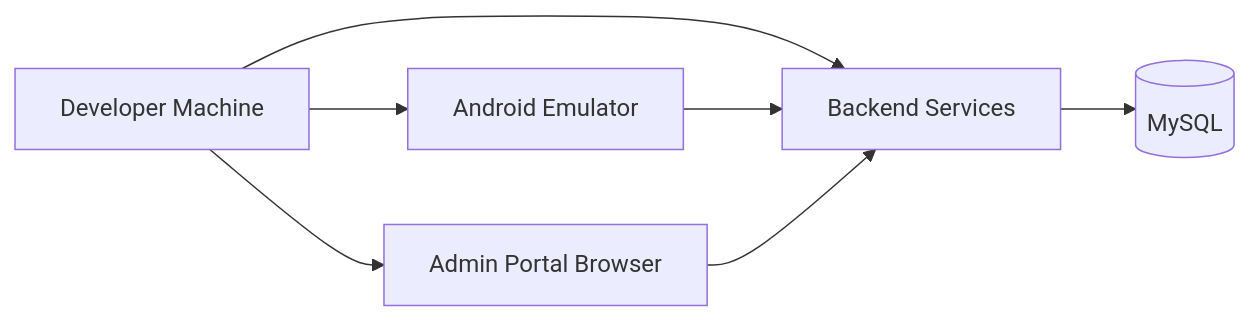
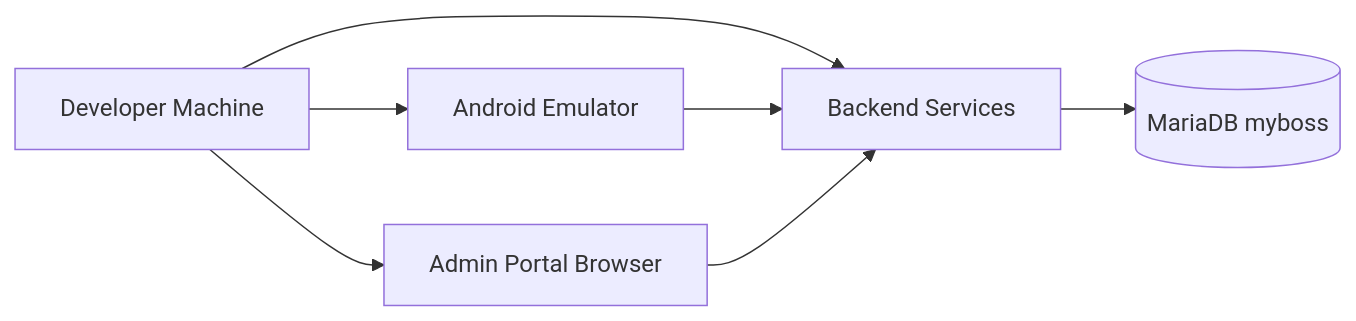
One commit to areejobaid17894-blip/myboss-platform changed the fifth of 5 diagrams in docs/architecture/HLD.md. Above: the diagram before and after it, drawn with Mermaid. The commit also changed other lines of this file and 24 other files, not shown here.

First line of the commit message:
Document and provision unified myboss database schema.

````diff
--- a/docs/architecture/HLD.md
+++ b/docs/architecture/HLD.md
@@ -162,11 +163,11 @@
 ```mermaid
 flowchart LR
     DEV[Developer Machine]
     DEV --> BE[Backend Services]
     DEV --> EMU[Android Emulator]
     DEV --> WEB[Admin Portal Browser]
-    BE --> MYSQL[(MySQL)]
+    BE --> DB[(MariaDB myboss)]
 
     EMU --> BE
     WEB --> BE
 ```
````
